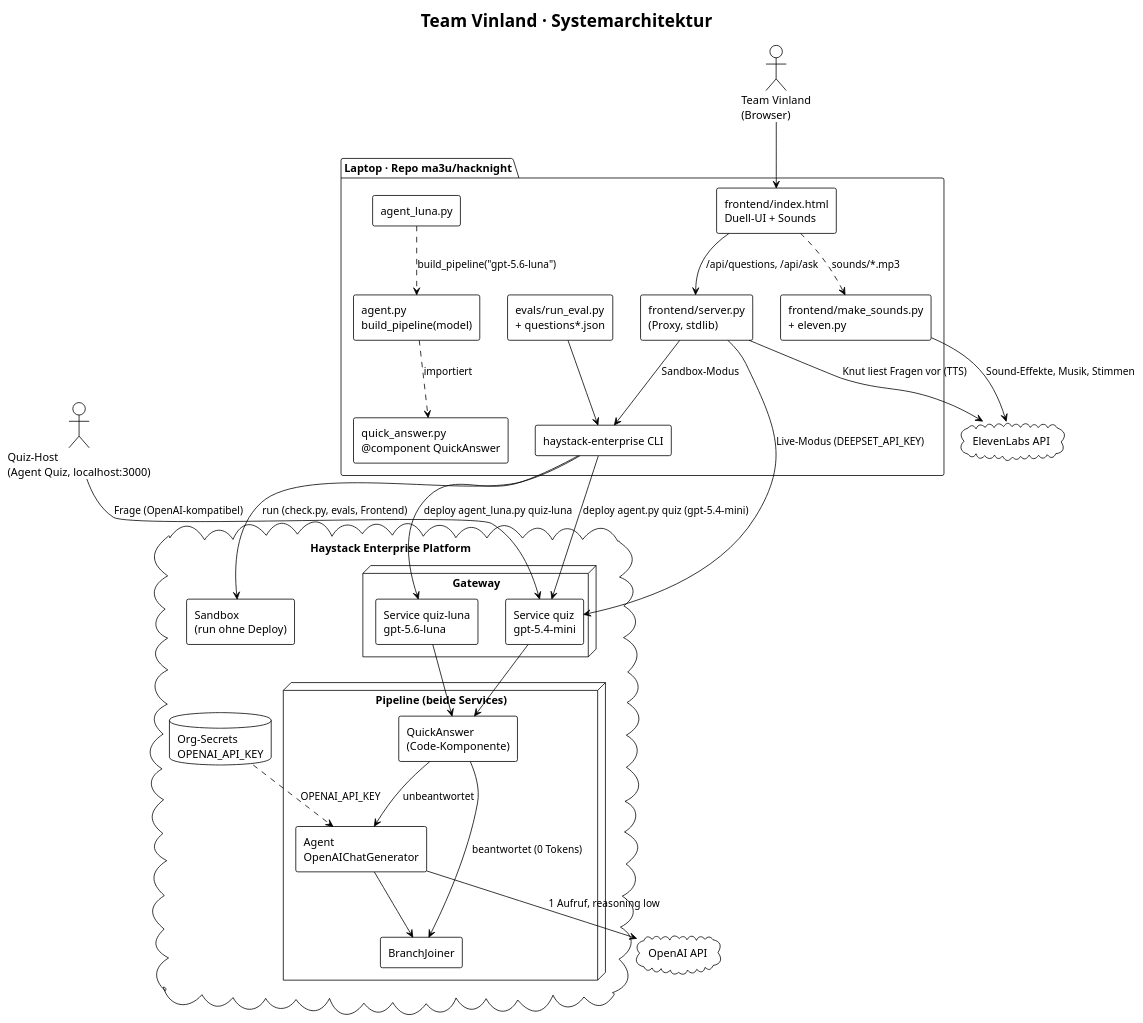
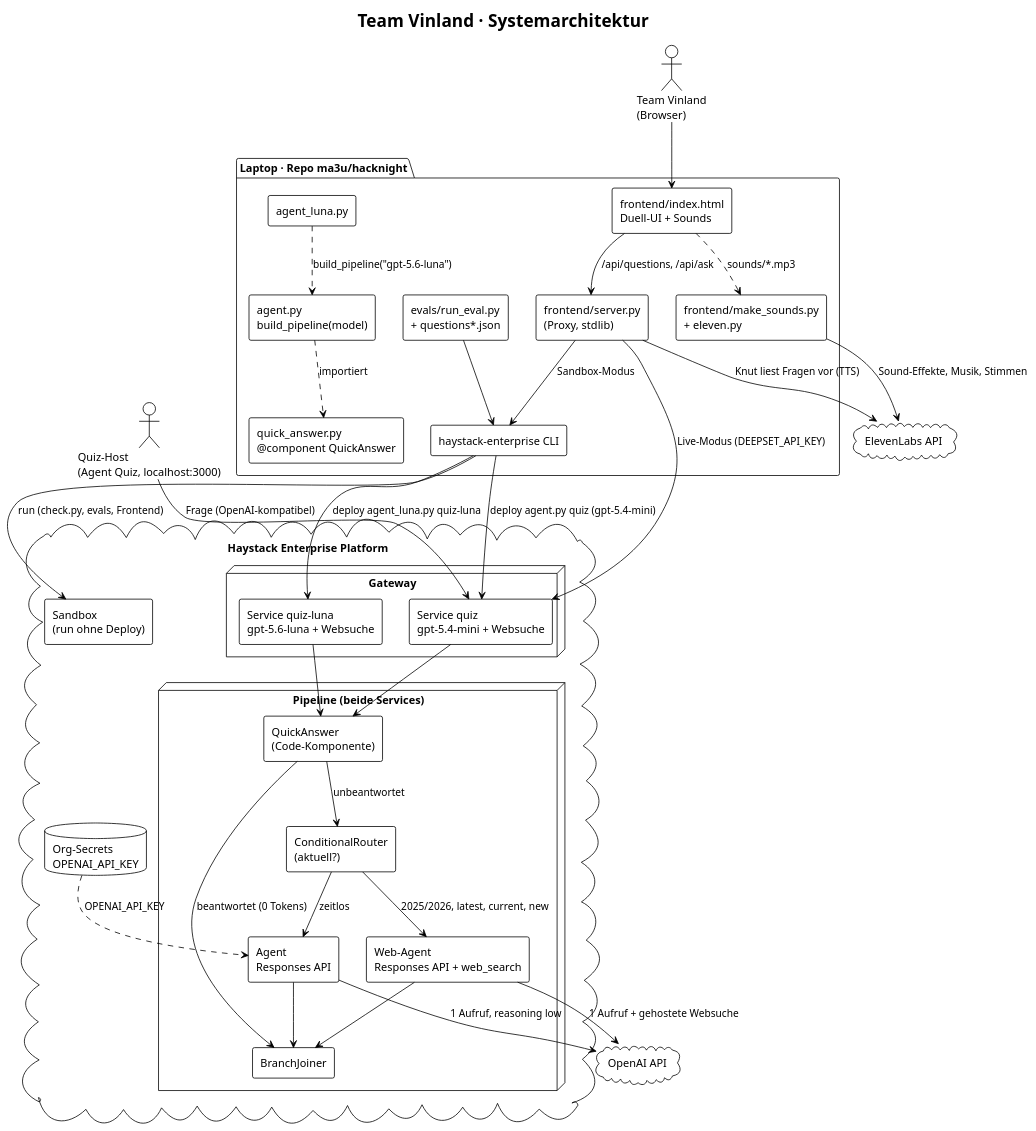
The diagram in docs/diagrams/architecture.puml (ma3u/hacknight), drawn with PlantUML before and after one commit. The commit also changed 17 other files, not shown here.

First line of the commit message:
Add winner strategies: recency router + OpenAI web search, GPT-6 Astra, recent-events eval

```diff
--- a/docs/diagrams/architecture.puml
+++ b/docs/diagrams/architecture.puml
@@ -1,60 +1,66 @@
 @startuml architecture
 !theme plain
 skinparam componentStyle rectangle
 skinparam shadowing false
 title Team Vinland · Systemarchitektur
 
 actor "Quiz-Host\n(Agent Quiz, localhost:3000)" as Host
 actor "Team Vinland\n(Browser)" as Team
 
 package "Laptop · Repo ma3u/hacknight" {
   [agent.py\nbuild_pipeline(model)] as AgentPy
   [agent_luna.py] as LunaPy
   [quick_answer.py\n@component QuickAnswer] as QA
   [evals/run_eval.py\n+ questions*.json] as Evals
   [frontend/server.py\n(Proxy, stdlib)] as Server
   [frontend/index.html\nDuell-UI + Sounds] as UI
   [frontend/make_sounds.py\n+ eleven.py] as Sounds
   [haystack-enterprise CLI] as CLI
 }
 
 cloud "Haystack Enterprise Platform" {
   node "Gateway" {
-    [Service quiz\ngpt-5.4-mini] as SvcQuiz
-    [Service quiz-luna\ngpt-5.6-luna] as SvcLuna
+    [Service quiz\ngpt-5.4-mini + Websuche] as SvcQuiz
+    [Service quiz-luna\ngpt-5.6-luna + Websuche] as SvcLuna
   }
   node "Pipeline (beide Services)" {
     [QuickAnswer\n(Code-Komponente)] as PQA
-    [Agent\nOpenAIChatGenerator] as PAgent
+    [ConditionalRouter\n(aktuell?)] as PRouter
+    [Agent\nResponses API] as PAgent
+    [Web-Agent\nResponses API + web_search] as PWeb
     [BranchJoiner] as PJoin
   }
   [Sandbox\n(run ohne Deploy)] as Sandbox
   database "Org-Secrets\nOPENAI_API_KEY" as Secrets
 }
 
 cloud "OpenAI API" as OpenAI
 cloud "ElevenLabs API" as Eleven
 
 AgentPy ..> QA : importiert
 LunaPy ..> AgentPy : build_pipeline("gpt-5.6-luna")
 CLI --> SvcQuiz : deploy agent.py quiz (gpt-5.4-mini)
 CLI --> SvcLuna : deploy agent_luna.py quiz-luna
 CLI --> Sandbox : run (check.py, evals, Frontend)
 Evals --> CLI
 Server --> CLI : Sandbox-Modus
 Server --> SvcQuiz : Live-Modus (DEEPSET_API_KEY)
 UI --> Server : /api/questions, /api/ask
 Team --> UI
 Sounds --> Eleven : Sound-Effekte, Musik, Stimmen
 Server --> Eleven : Knut liest Fragen vor (TTS)
 UI ..> Sounds : sounds/*.mp3
 
 Host --> SvcQuiz : Frage (OpenAI-kompatibel)
 SvcQuiz --> PQA
 SvcLuna --> PQA
 PQA --> PJoin : beantwortet (0 Tokens)
-PQA --> PAgent : unbeantwortet
+PQA --> PRouter : unbeantwortet
+PRouter --> PAgent : zeitlos
+PRouter --> PWeb : 2025/2026, latest, current, new
 PAgent --> PJoin
+PWeb --> PJoin
 PAgent --> OpenAI : 1 Aufruf, reasoning low
+PWeb --> OpenAI : 1 Aufruf + gehostete Websuche
 Secrets ..> PAgent : OPENAI_API_KEY
 @enduml
```
